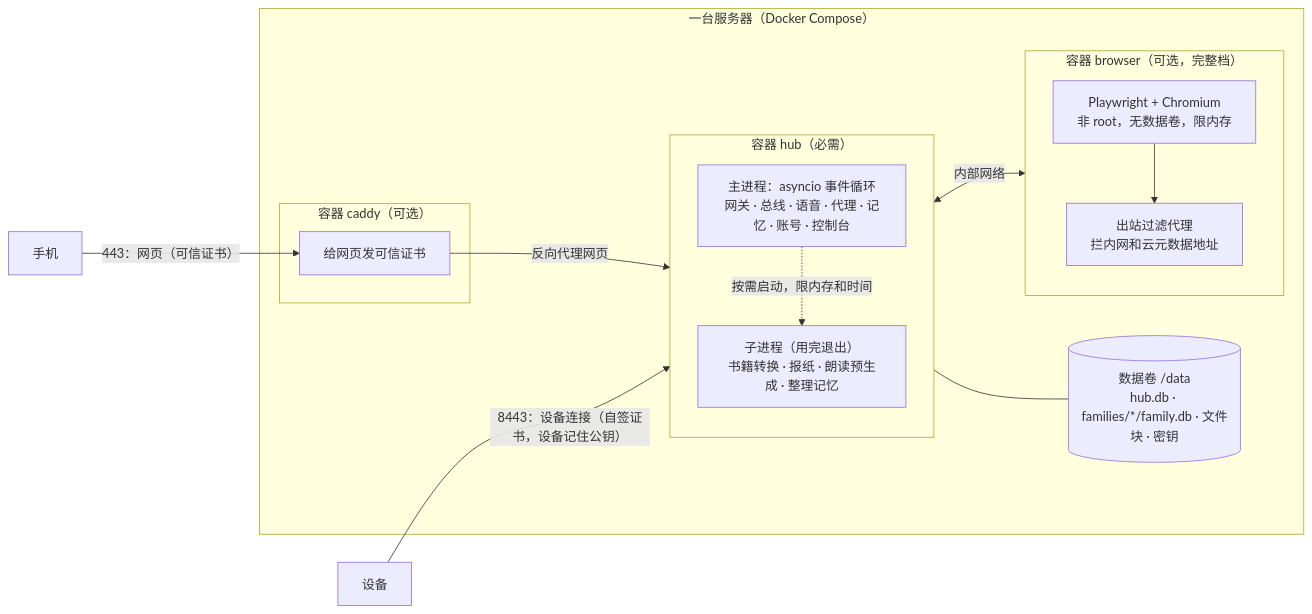
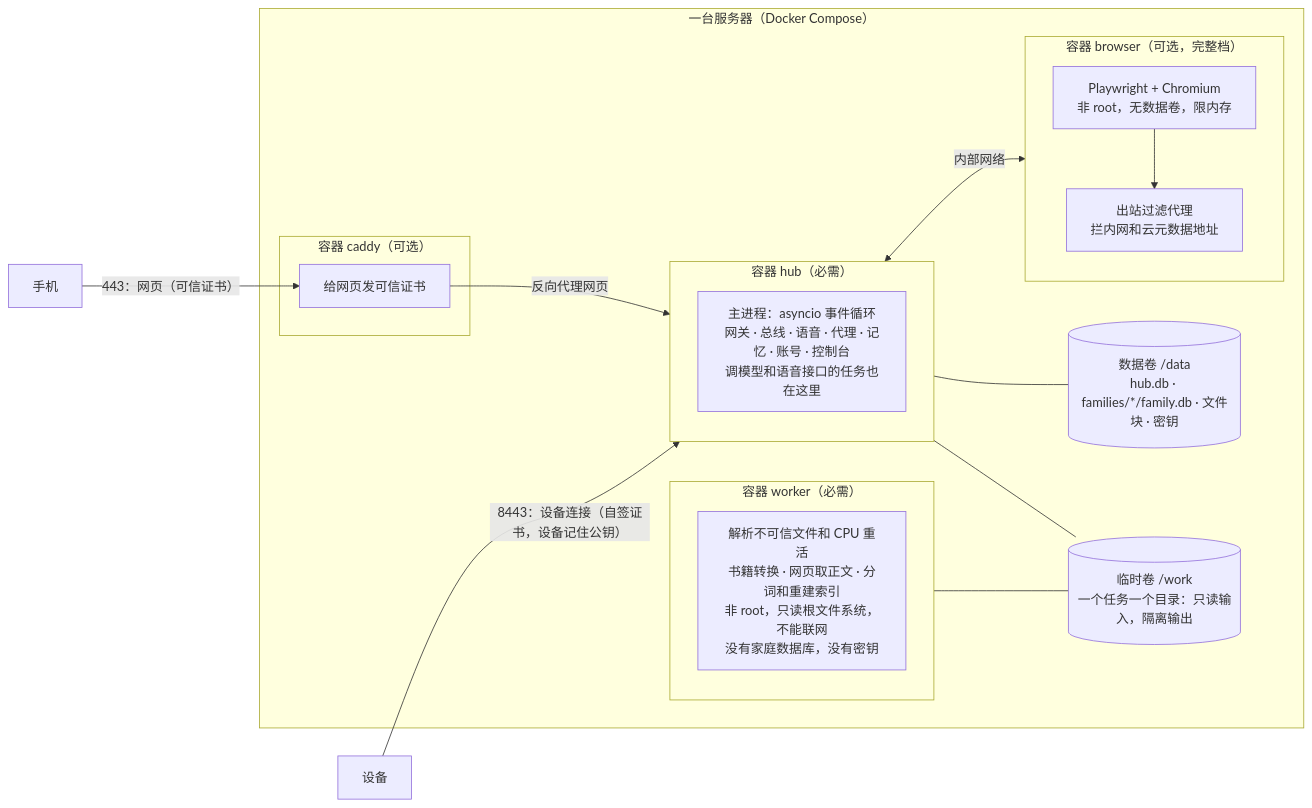
The second of 16 diagrams in docs/hub/hub-architecture.md (Gidean-zcx/ink), drawn with Mermaid before and after one commit. The commit also changed other lines of this file and 16 other files, not shown here.

````diff
--- a/docs/hub/hub-architecture.md
+++ b/docs/hub/hub-architecture.md
@@ -169,24 +179,28 @@
 ```mermaid
 flowchart LR
   subgraph HOST["一台服务器（Docker Compose）"]
     subgraph MAIN["容器 hub（必需）"]
-      P1["主进程：asyncio 事件循环<br/>网关 · 总线 · 语音 · 代理 · 记忆 · 账号 · 控制台"]
-      P2["子进程（用完退出）<br/>书籍转换 · 报纸 · 朗读预生成 · 整理记忆"]
-      P1 -. "按需启动，限内存和时间" .-> P2
+      P1["主进程：asyncio 事件循环<br/>网关 · 总线 · 语音 · 代理 · 记忆 · 账号 · 控制台<br/>调模型和语音接口的任务也在这里"]
+    end
+    subgraph WK["容器 worker（必需）"]
+      W1["解析不可信文件和 CPU 重活<br/>书籍转换 · 网页取正文 · 分词和重建索引<br/>非 root，只读根文件系统，不能联网<br/>没有家庭数据库，没有密钥"]
     end
     subgraph WEB["容器 caddy（可选）"]
       C1["给网页发可信证书"]
     end
     subgraph BR["容器 browser（可选，完整档）"]
       B1["Playwright + Chromium<br/>非 root，无数据卷，限内存"]
       B2["出站过滤代理<br/>拦内网和云元数据地址"]
       B1 --> B2
     end
     VOL[("数据卷 /data<br/>hub.db · families/*/family.db · 文件块 · 密钥")]
+    TMP[("临时卷 /work<br/>一个任务一个目录：只读输入，隔离输出")]
     MAIN --- VOL
+    MAIN --- TMP
+    WK --- TMP
     MAIN <-- "内部网络" --> BR
     C1 -- "反向代理网页" --> MAIN
   end
   D["设备"] -- "8443：设备连接（自签证书，设备记住公钥）" --> MAIN
   U["手机"] -- "443：网页（可信证书）" --> C1
 ```
````
